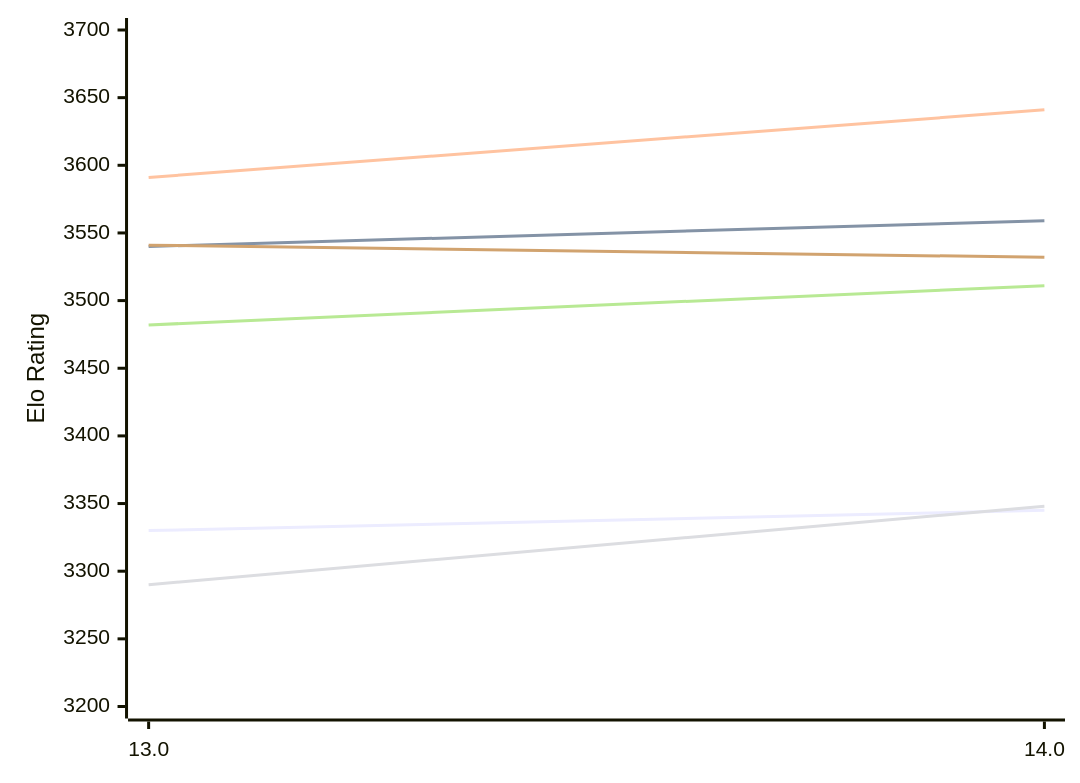
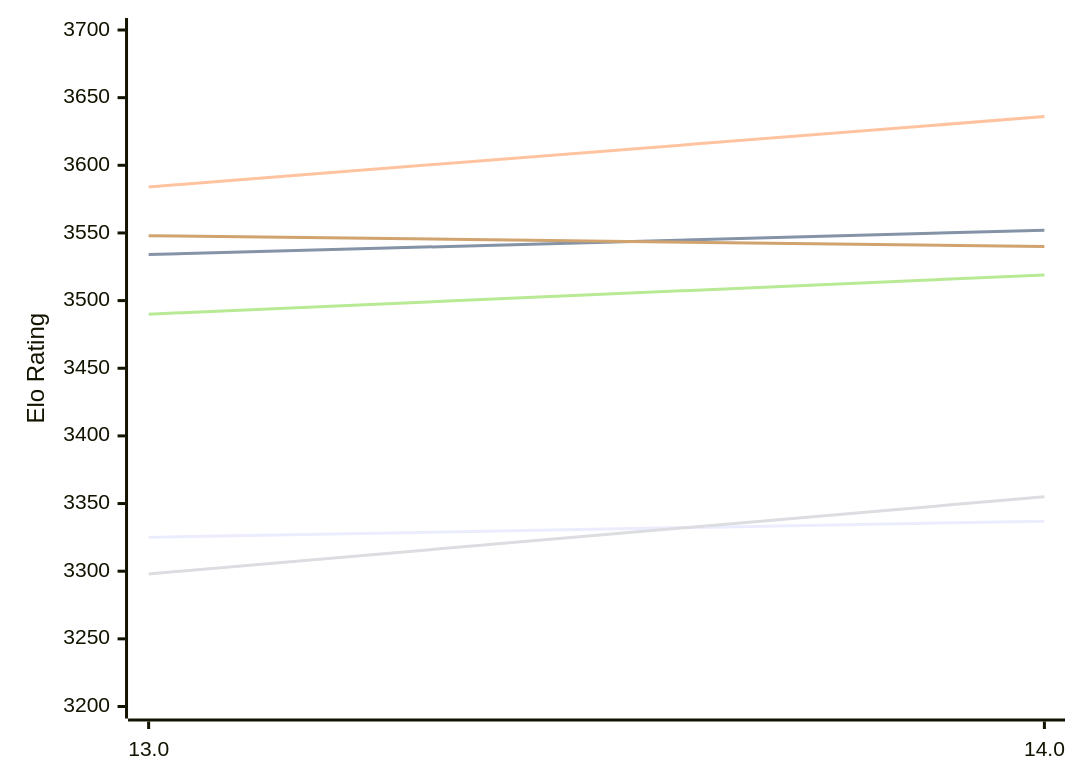
The first of 2 diagrams in engines/Tcheran.md (computer-chess-index/cci), drawn with Mermaid before and after one commit. The commit also changed other lines of this file, not shown here.

Commit message:
Update CCI Ratings (ELO VLTC) - 2026-11-18

````diff
--- a/engines/Tcheran.md
+++ b/engines/Tcheran.md
@@ -55,12 +55,12 @@
 ```mermaid
 %%{init: {"theme":"base","themeVariables":{"seriesColors:['#a3a3a3','#222221','#faa371']}}}%%
 xychart-beta
   x-axis ["13.0", "14.0"]
   y-axis "Elo Rating" 3200 --> 3700
-  line "E1: STC (8.0+0.08s)" [3330, 3345]
-  line "E1: LTC (60.0+0.60s)" [3540, 3559]
-  line "E1: VLTC (2m24s+1.12s)" [3591, 3641]
-  line "P1: STC (8.0+0.08s)" [3290, 3348]
-  line "P1: LTC (60.0+0.60s)" [3482, 3511]
-  line "P1: VLTC (2m24s+1.12s)" [3541, 3532]
+  line "E1: STC (8.0+0.08s)" [3325, 3337]
+  line "E1: LTC (60.0+0.60s)" [3534, 3552]
+  line "E1: VLTC (2m24s+1.12s)" [3584, 3636]
+  line "P1: STC (8.0+0.08s)" [3298, 3355]
+  line "P1: LTC (60.0+0.60s)" [3490, 3519]
+  line "P1: VLTC (2m24s+1.12s)" [3548, 3540]
 ```
````
